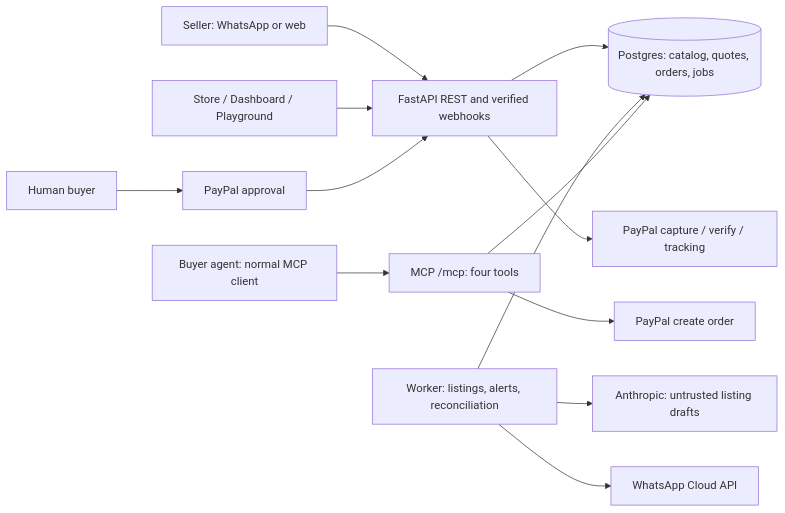
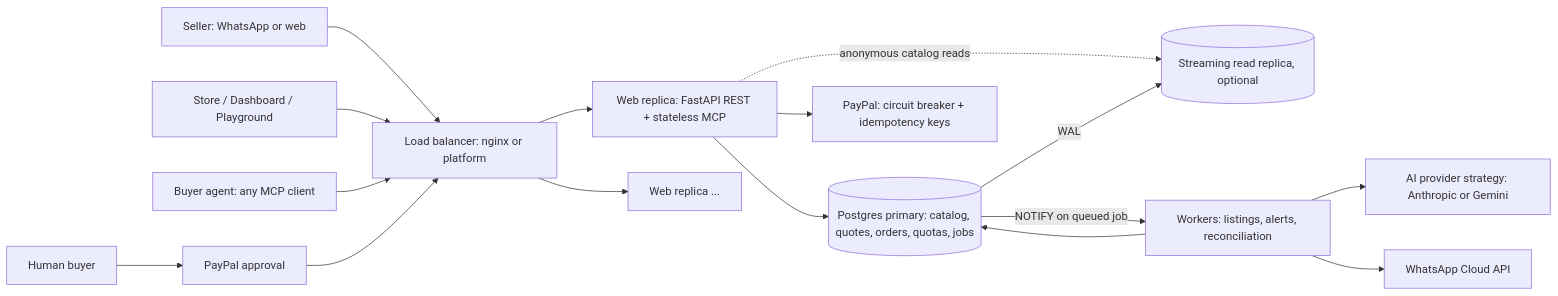
One commit to suriyaprakash-25/AgentShelf changed the diagram in docs/ARCHITECTURE.md. Above: the diagram before and after it, drawn with Mermaid. The commit also changed other lines of this file and 11 other files, not shown here.

````diff
--- a/docs/ARCHITECTURE.md
+++ b/docs/ARCHITECTURE.md
@@ -3,15 +3,17 @@
 ```mermaid
 flowchart LR
-  Seller[Seller: WhatsApp or web] --> API[FastAPI REST and verified webhooks]
-  API --> DB[(Postgres: catalog, quotes, orders, jobs)]
-  Worker[Worker: listings, alerts, reconciliation] --> DB
-  Worker --> LLM[Anthropic: untrusted listing drafts]
+  Seller[Seller: WhatsApp or web] --> LB[Load balancer: nginx or platform]
+  Browser[Store / Dashboard / Playground] --> LB
+  Agent[Buyer agent: any MCP client] --> LB
+  LB --> Web1[Web replica: FastAPI REST + stateless MCP]
+  LB --> Web2[Web replica ...]
+  Web1 --> Primary[(Postgres primary: catalog, quotes, orders, quotas, jobs)]
+  Web1 -. anonymous catalog reads .-> Replica[(Streaming read replica, optional)]
+  Primary -- WAL --> Replica
+  Primary -- NOTIFY on queued job --> Worker[Workers: listings, alerts, reconciliation]
+  Worker --> Primary
+  Worker --> LLM[AI provider strategy: Anthropic or Gemini]
   Worker --> Meta[WhatsApp Cloud API]
-  Browser[Store / Dashboard / Playground] --> API
-  Agent[Buyer agent: normal MCP client] --> MCP[MCP /mcp: four tools]
-  MCP --> DB
-  MCP --> PayPal[PayPal create order]
-  Human[Human buyer] --> Approval[PayPal approval]
-  Approval --> API
-  API --> Capture[PayPal capture / verify / tracking]
+  Web1 --> PayPal[PayPal: circuit breaker + idempotency keys]
+  Human[Human buyer] --> Approval[PayPal approval] --> LB
 ```
````
